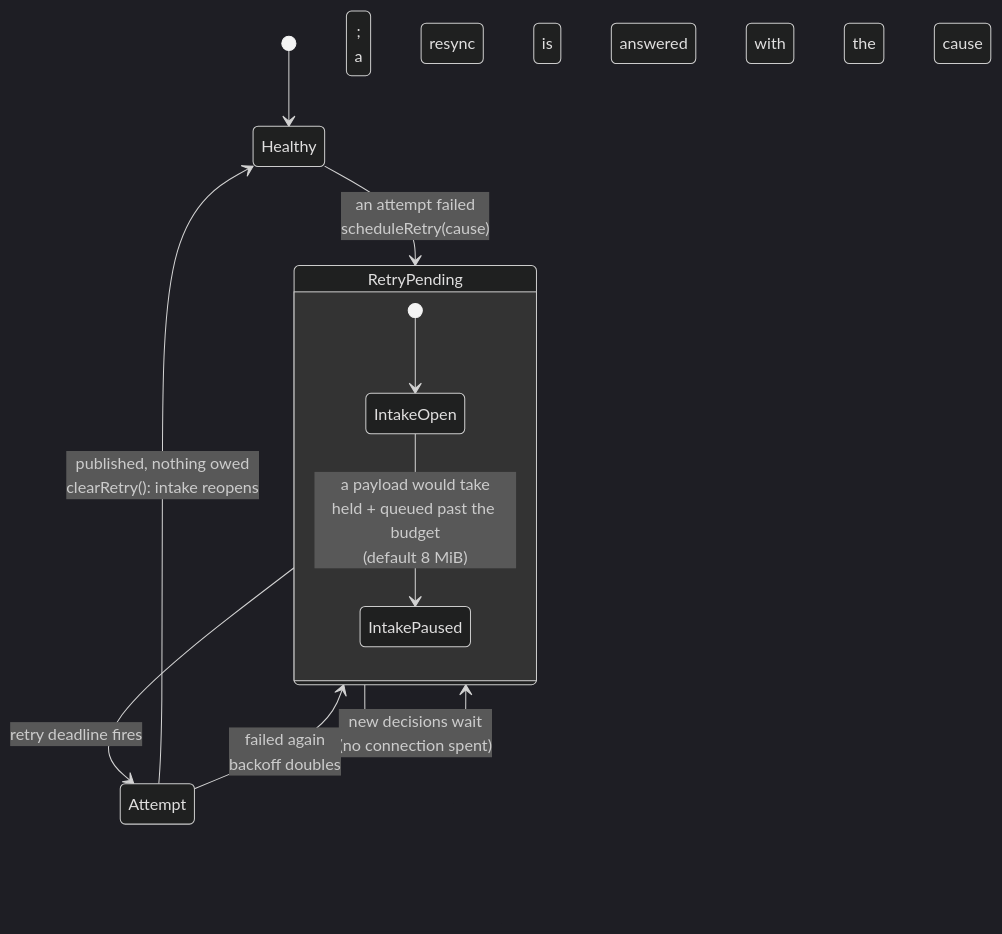
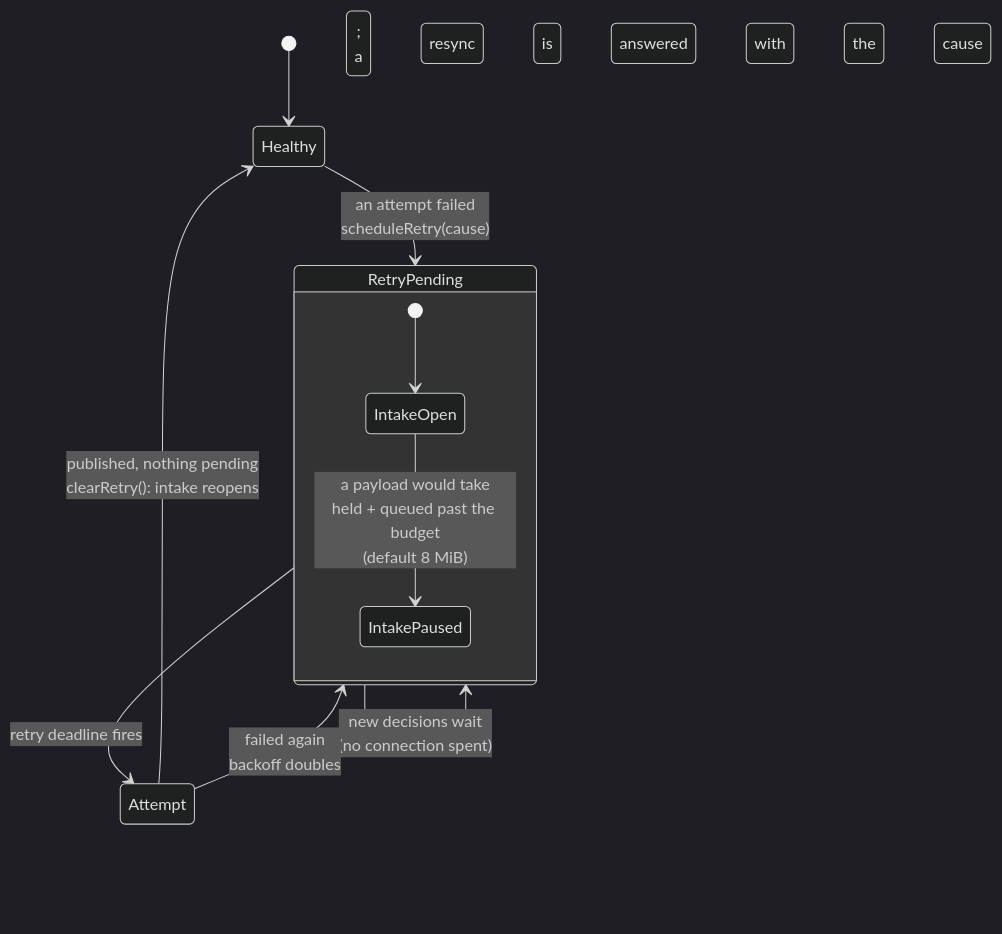
One commit to ConfigButler/gitops-reverser changed the tenth of 12 diagrams in docs/design/event-pipeline-overview.md. Above: the diagram before and after it, drawn with Mermaid (dark theme). The commit also changed other lines of this file and 235 other files, not shown here.

````diff
--- a/docs/design/event-pipeline-overview.md
+++ b/docs/design/event-pipeline-overview.md
@@ -377,14 +377,14 @@
 ```mermaid
 stateDiagram-v2
     [*] --> Healthy
     Healthy --> RetryPending: an attempt failed<br/>scheduleRetry(cause)
     RetryPending --> RetryPending: new decisions wait<br/>(no connection spent);<br/>a resync is answered with the cause
     RetryPending --> Attempt: retry deadline fires
-    Attempt --> Healthy: published, nothing owed<br/>clearRetry(): intake reopens
+    Attempt --> Healthy: published, nothing pending<br/>clearRetry(): intake reopens
     Attempt --> RetryPending: failed again<br/>backoff doubles
 
     state RetryPending {
         [*] --> IntakeOpen
         IntakeOpen --> IntakePaused: a payload would take<br/>held + queued past the budget<br/>(default 8 MiB)
     }
 ```
````
